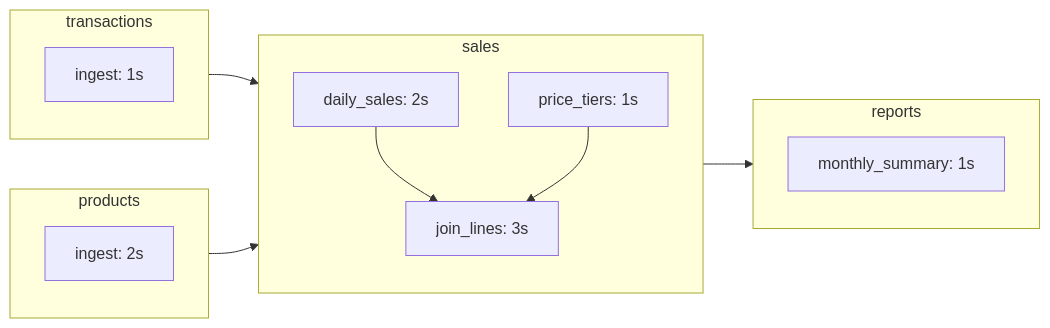
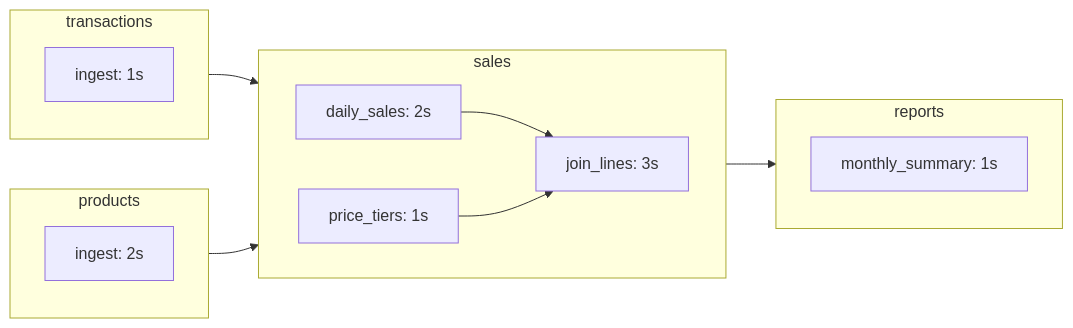
One commit to duckstring-dev/duckstring changed the diagram in docs/docs/getting-started/quickstart.md. Above: the diagram before and after it, drawn with Mermaid. The commit also changed 2 other files, not shown here.

Commit message:
Landing rewrite

````diff
--- a/docs/docs/getting-started/quickstart.md
+++ b/docs/docs/getting-started/quickstart.md
@@ -38,19 +38,20 @@
 ```mermaid
 flowchart LR
     subgraph transactions [transactions]
         t.ingest[ingest: 1s]
     end
     subgraph products [products]
         p.ingest[ingest: 2s]
     end
     subgraph sales [sales]
+        direction LR
         daily_sales[daily_sales: 2s] --> join_lines[join_lines: 3s]
         price_tiers[price_tiers: 1s] --> join_lines
     end
     subgraph reports [reports]
         monthly_summary[monthly_summary: 1s]
     end
     transactions --> sales
     products --> sales
     sales --> reports
 ```
````
